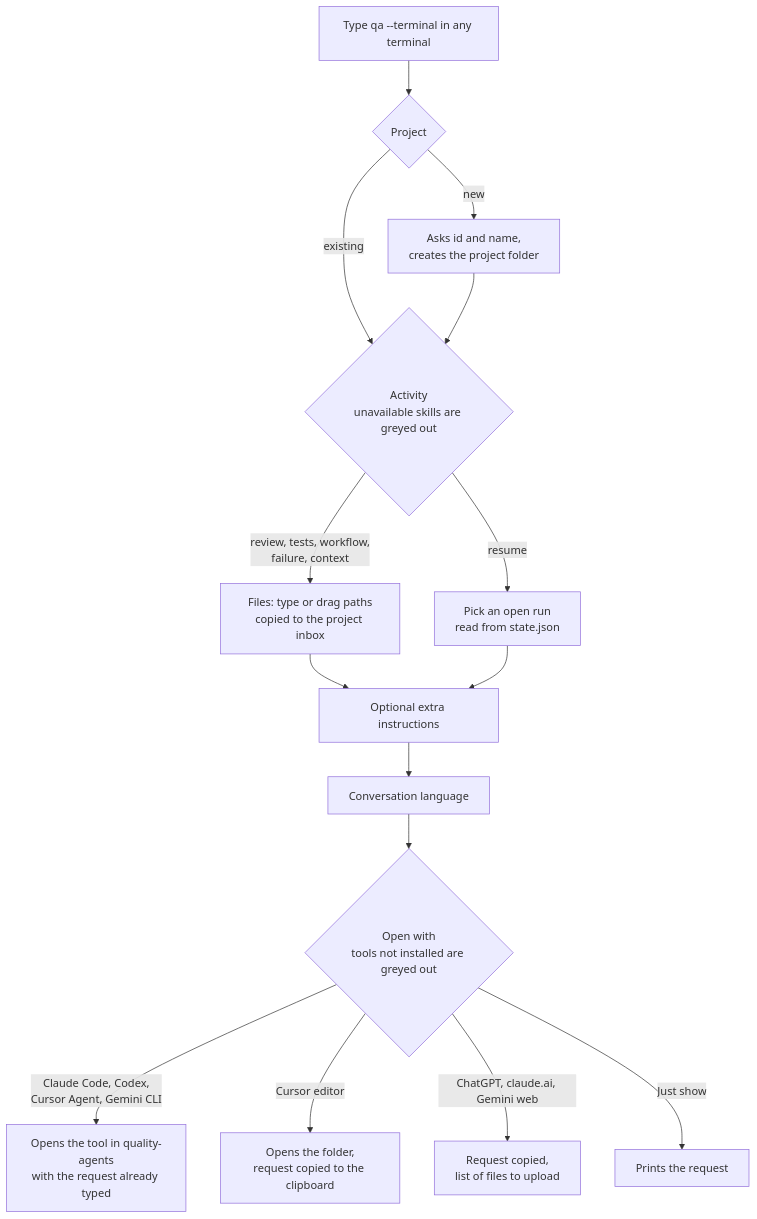
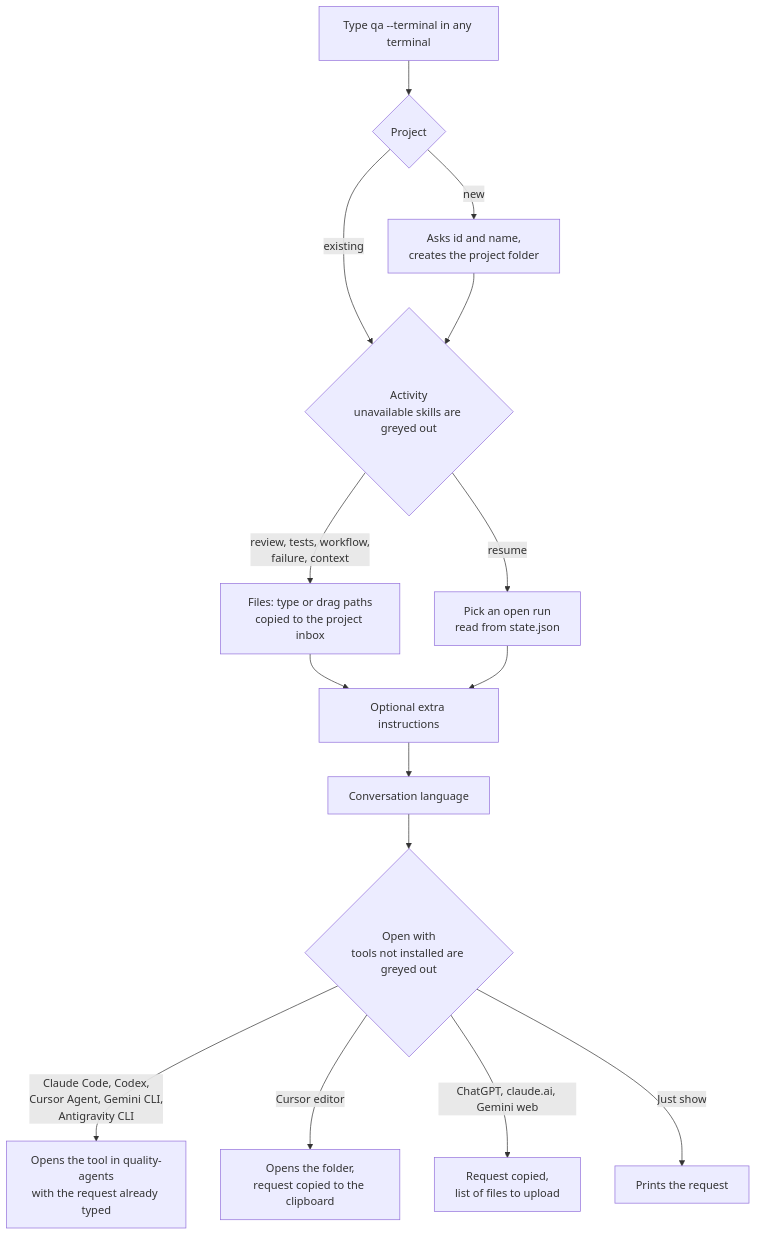
One commit to MagnoSz/quality-agents changed the second of 10 diagrams in README.md. Above: the diagram before and after it, drawn with Mermaid. The commit also changed other lines of this file and 59 other files, not shown here.

````diff
--- a/README.md
+++ b/README.md
@@ -244,17 +277,17 @@
 ```mermaid
 flowchart TD
   START["Type qa --terminal in any terminal"] --> P{"Project"}
   P -->|existing| A
   P -->|new| NP["Asks id and name,<br/>creates the project folder"]
   NP --> A{"Activity<br/>unavailable skills are greyed out"}
   A -->|"review, tests, workflow,<br/>failure, context"| F["Files: type or drag paths<br/>copied to the project inbox"]
   A -->|"resume"| RUN["Pick an open run<br/>read from state.json"]
   F --> N["Optional extra instructions"]
   RUN --> N
   N --> L["Conversation language"]
   L --> T{"Open with<br/>tools not installed are greyed out"}
-  T -->|"Claude Code, Codex,<br/>Cursor Agent, Gemini CLI"| OPEN["Opens the tool in quality-agents<br/>with the request already typed"]
+  T -->|"Claude Code, Codex,<br/>Cursor Agent, Gemini CLI,<br/>Antigravity CLI"| OPEN["Opens the tool in quality-agents<br/>with the request already typed"]
   T -->|"Cursor editor"| CUR["Opens the folder,<br/>request copied to the clipboard"]
   T -->|"ChatGPT, claude.ai, Gemini web"| CHAT["Request copied,<br/>list of files to upload"]
   T -->|"Just show"| SHOW["Prints the request"]
 ```
````
